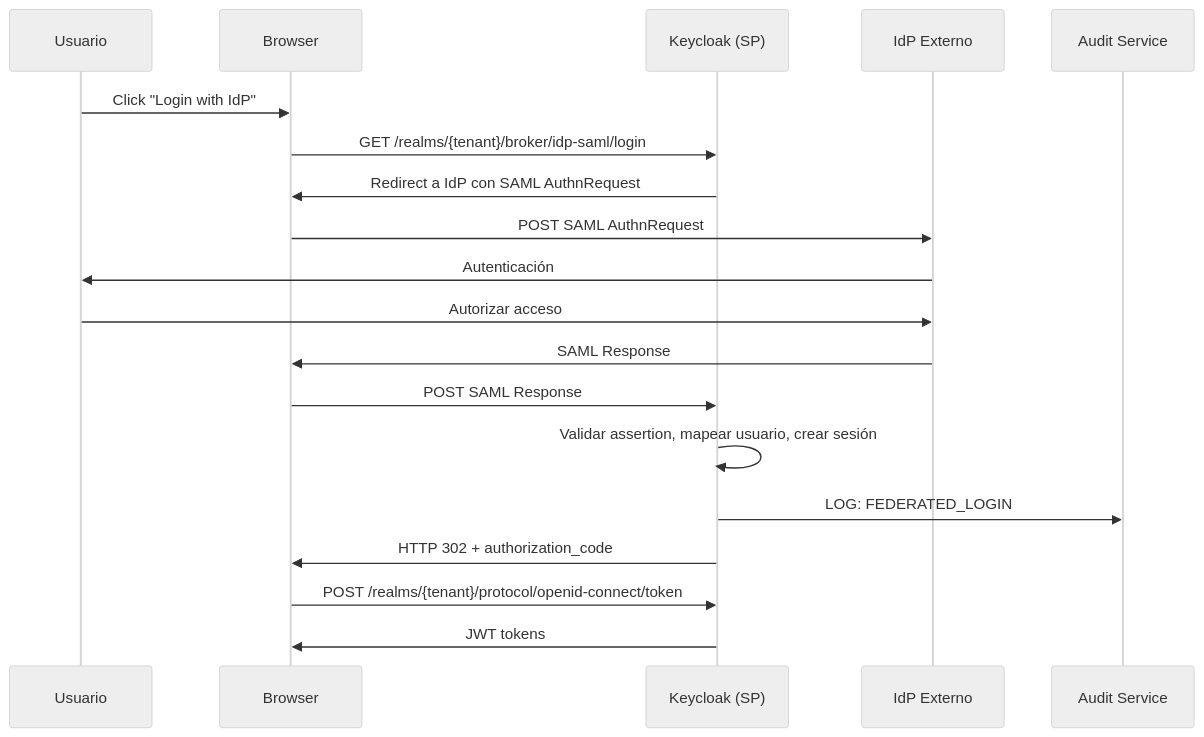
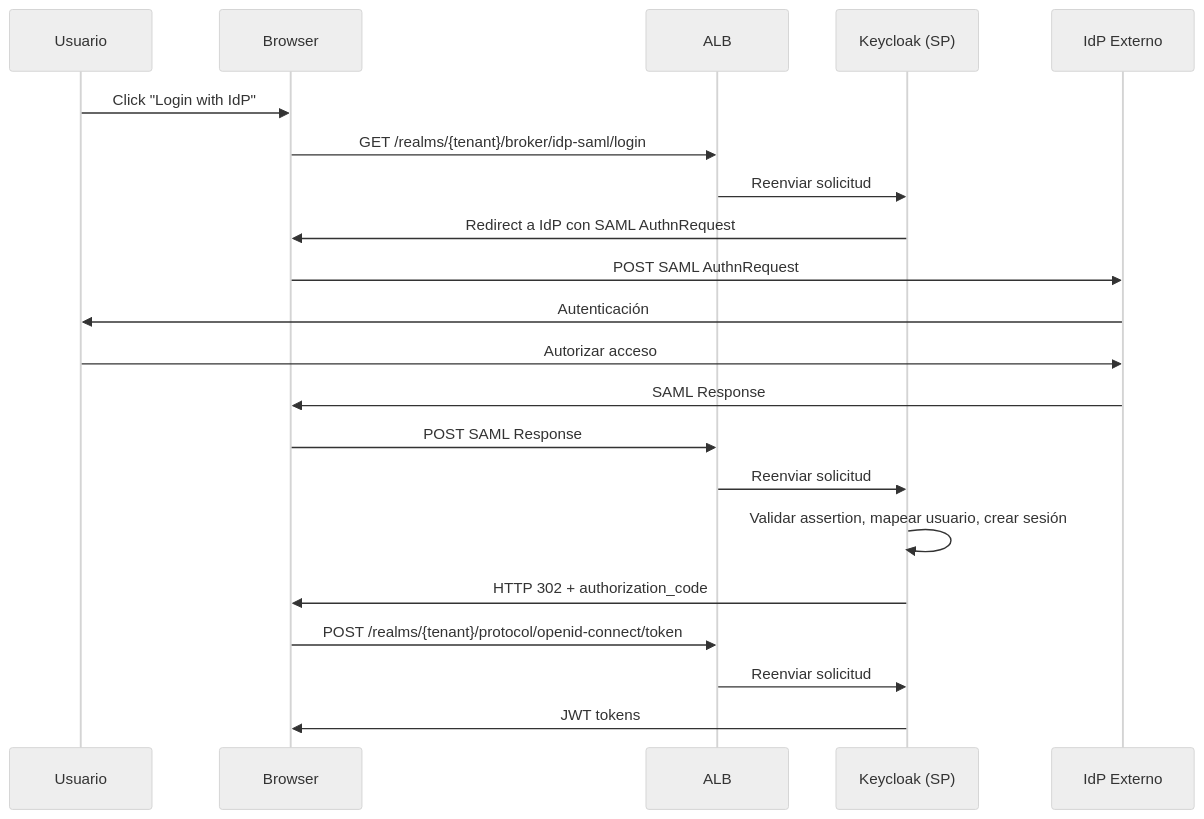
One commit to jclemente-tlm/tlm-doc-architecture changed the second of 3 diagrams in docs/plataforma-corporativa/plataforma-de-integracion/identidad-y-accesos/06-vista-tiempo-ejecucion.md. Above: the diagram before and after it, drawn with Mermaid (neutral theme). The commit also changed other lines of this file and 5 other files, not shown here.

````diff
--- a/docs/plataforma-corporativa/plataforma-de-integracion/identidad-y-accesos/06-vista-tiempo-ejecucion.md
+++ b/docs/plataforma-corporativa/plataforma-de-integracion/identidad-y-accesos/06-vista-tiempo-ejecucion.md
@@ -52,22 +54,24 @@
 ```mermaid
 sequenceDiagram
     participant User as Usuario
     participant Browser as Browser
+    participant ALB as ALB
     participant KC as Keycloak (SP)
     participant IdP as IdP Externo
-    participant AuditSvc as Audit Service
 
     User->>Browser: Click "Login with IdP"
-    Browser->>KC: GET /realms/{tenant}/broker/idp-saml/login
+    Browser->>ALB: GET /realms/{tenant}/broker/idp-saml/login
+    ALB->>KC: Reenviar solicitud
     KC->>Browser: Redirect a IdP con SAML AuthnRequest
     Browser->>IdP: POST SAML AuthnRequest
     IdP->>User: Autenticación
     User->>IdP: Autorizar acceso
     IdP->>Browser: SAML Response
-    Browser->>KC: POST SAML Response
+    Browser->>ALB: POST SAML Response
+    ALB->>KC: Reenviar solicitud
     KC->>KC: Validar assertion, mapear usuario, crear sesión
-    KC->>AuditSvc: LOG: FEDERATED_LOGIN
     KC->>Browser: HTTP 302 + authorization_code
-    Browser->>KC: POST /realms/{tenant}/protocol/openid-connect/token
+    Browser->>ALB: POST /realms/{tenant}/protocol/openid-connect/token
+    ALB->>KC: Reenviar solicitud
     KC->>Browser: JWT tokens
 ```
````
